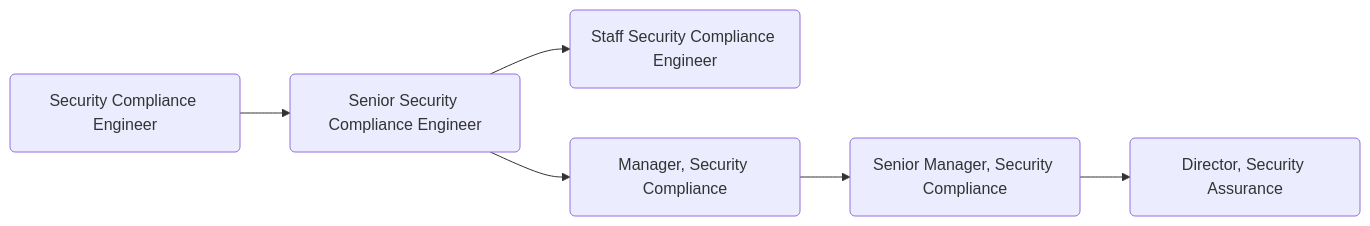
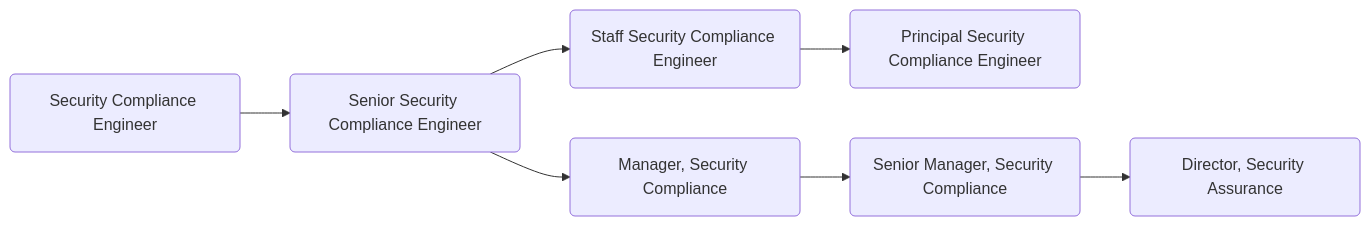
One commit to secretstartups/handbook changed the diagram in job-families/engineering/security-compliance/index.html.md. Above: the diagram before and after it, drawn with Mermaid. The commit also changed other lines of this file, not shown here.

````diff
--- a/job-families/engineering/security-compliance/index.html.md
+++ b/job-families/engineering/security-compliance/index.html.md
@@ -149,8 +182,9 @@
 ```mermaid
   graph LR;
   sec:se(Security Compliance Engineer)-->sec:sse(Senior Security Compliance Engineer);
   sec:sse(Senior Security Compliance Engineer)-->sec:stse(Staff Security Compliance Engineer);
+  sec:stse(Staff Security Compliance Engineer)-->sec:pse(Principal Security Compliance Engineer);
   sec:sse(Senior Security Compliance Engineer)-->sec:sem(Manager, Security Compliance);
   sec:sem(Manager, Security Compliance)-->sec:sesm(Senior Manager, Security Compliance);
   sec:sesm(Senior Manager, Security Compliance)-->sec:ds(Director, Security Assurance);
 ```
````
